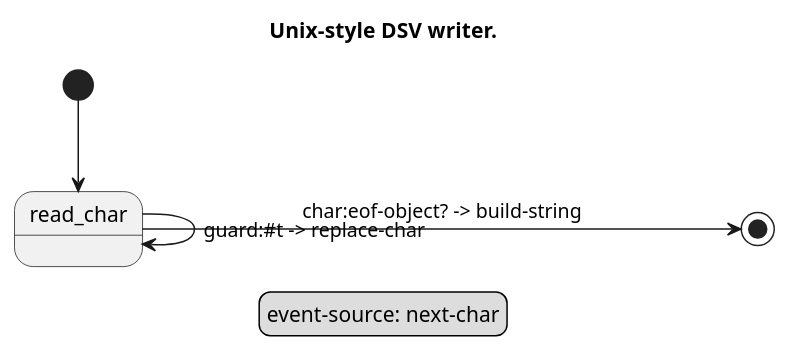
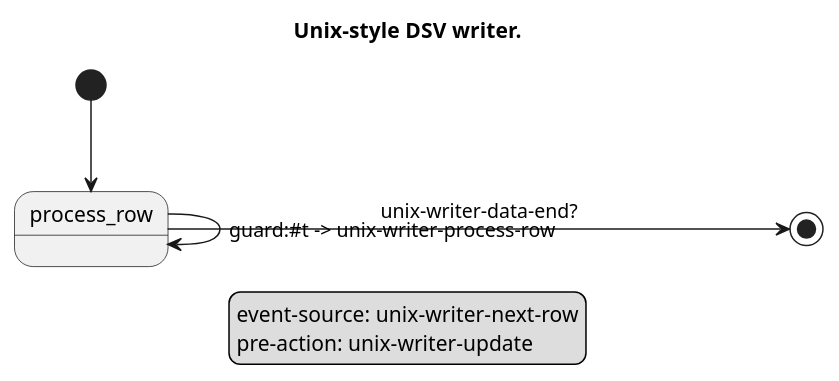
One commit to artyom-poptsov/guile-dsv changed the diagram in modules/dsv/fsm/unix-writer.puml. Above: the diagram before and after it, drawn with PlantUML. The commit also changed 4 other files, not shown here.

```diff
--- a/modules/dsv/fsm/unix-writer.puml
+++ b/modules/dsv/fsm/unix-writer.puml
@@ -1,30 +1,31 @@
 @startuml
 
 ' Copyright (C) 2026 Artyom V. Poptsov <poptsov.artyom@gmail.com>
 '
 ' This program is free software: you can redistribute it and/or modify
 ' it under the terms of the GNU General Public License as published by
 ' the Free Software Foundation, either version 3 of the License, or
 ' (at your option) any later version.
 '
 ' The program is distributed in the hope that it will be useful,
 ' but WITHOUT ANY WARRANTY; without even the implied warranty of
 ' MERCHANTABILITY or FITNESS FOR A PARTICULAR PURPOSE.  See the
 ' GNU General Public License for more details.
 '
 ' You should have received a copy of the GNU General Public License
 ' along with the program.  If not, see <http://www.gnu.org/licenses/>.
 
 
 title Unix-style DSV writer.
 
 legend
-event-source: next-char
+event-source: unix-writer-next-row
+pre-action: unix-writer-update
 endlegend
 
-[*] --> read_char
+[*] --> process_row
 
-read_char -> [*]: char:eof-object? -> build-string
-read_char -> read_char: guard:#t -> replace-char
+process_row -> [*]: unix-writer-data-end?
+process_row -> process_row: guard:#t -> unix-writer-process-row
 
 @enduml
```
